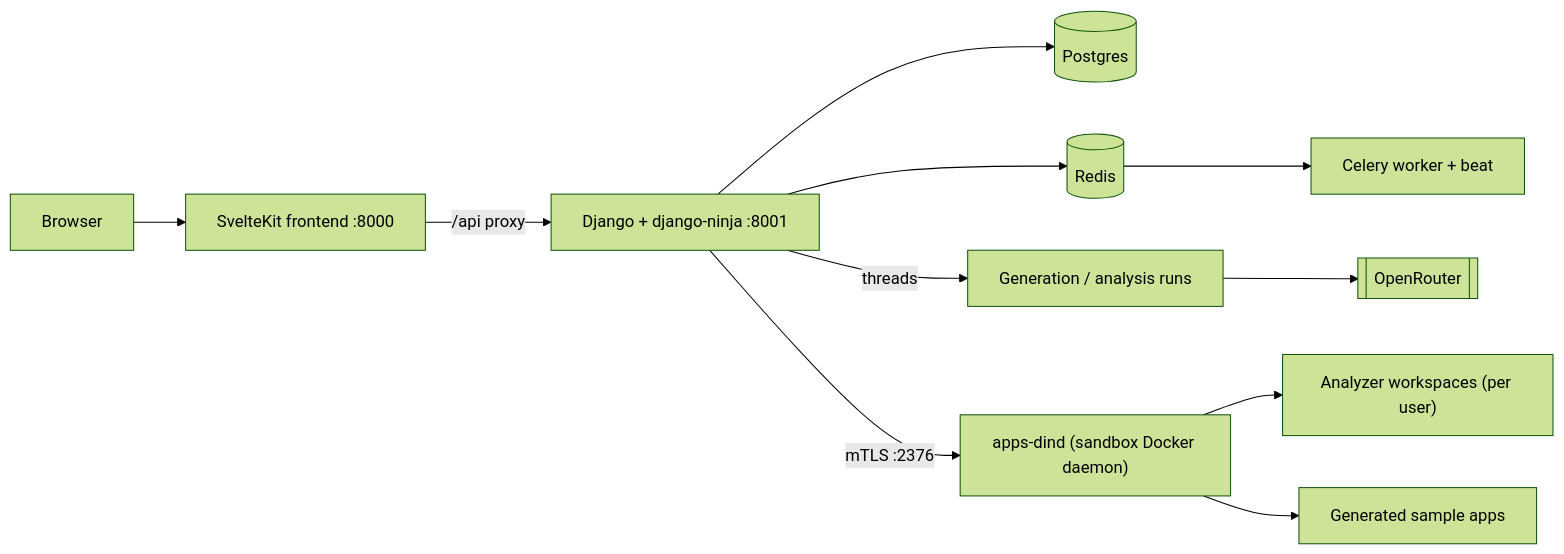
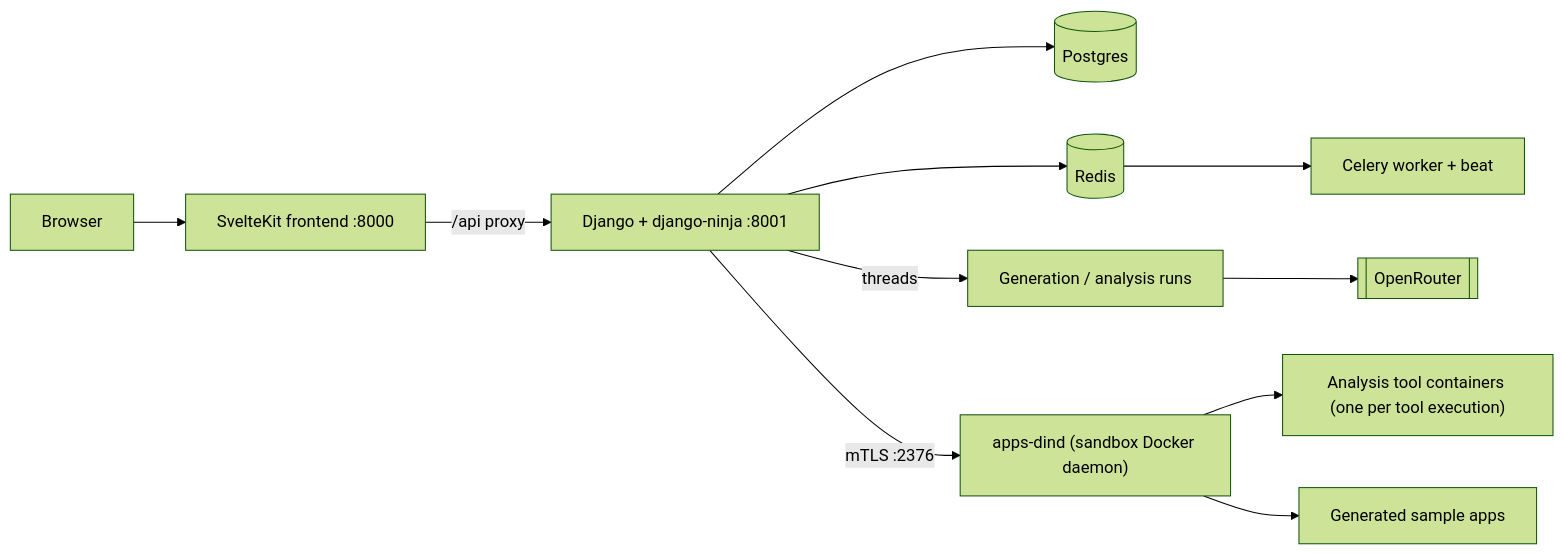
The diagram in docs/ARCHITECTURE.md (GrabowMar/AutoLLM_Code_Analyzer_rework), drawn with Mermaid (forest theme) before and after one commit. The commit also changed other lines of this file and 681 other files, not shown here.

````diff
--- a/docs/ARCHITECTURE.md
+++ b/docs/ARCHITECTURE.md
@@ -7,13 +7,13 @@
 ```mermaid
 flowchart LR
     B[Browser] --> FE["SvelteKit frontend :8000"]
     FE -->|"/api proxy"| DJ["Django + django-ninja :8001"]
     DJ --> PG[(Postgres)]
     DJ --> RD[(Redis)]
     DJ -->|threads| GEN["Generation / analysis runs"]
     RD --> CW["Celery worker + beat"]
     DJ -->|"mTLS :2376"| DK["apps-dind (sandbox Docker daemon)"]
-    DK --> AW["Analyzer workspaces (per user)"]
+    DK --> AW["Analysis tool containers (one per tool execution)"]
     DK --> SA["Generated sample apps"]
     GEN --> OR[["OpenRouter"]]
 ```
````
